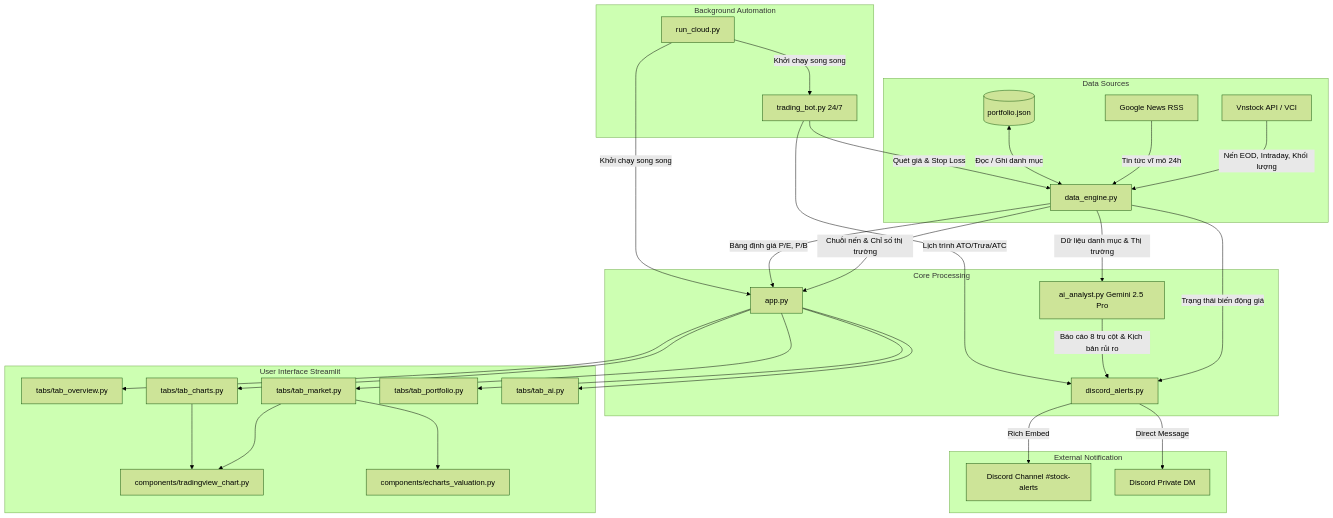
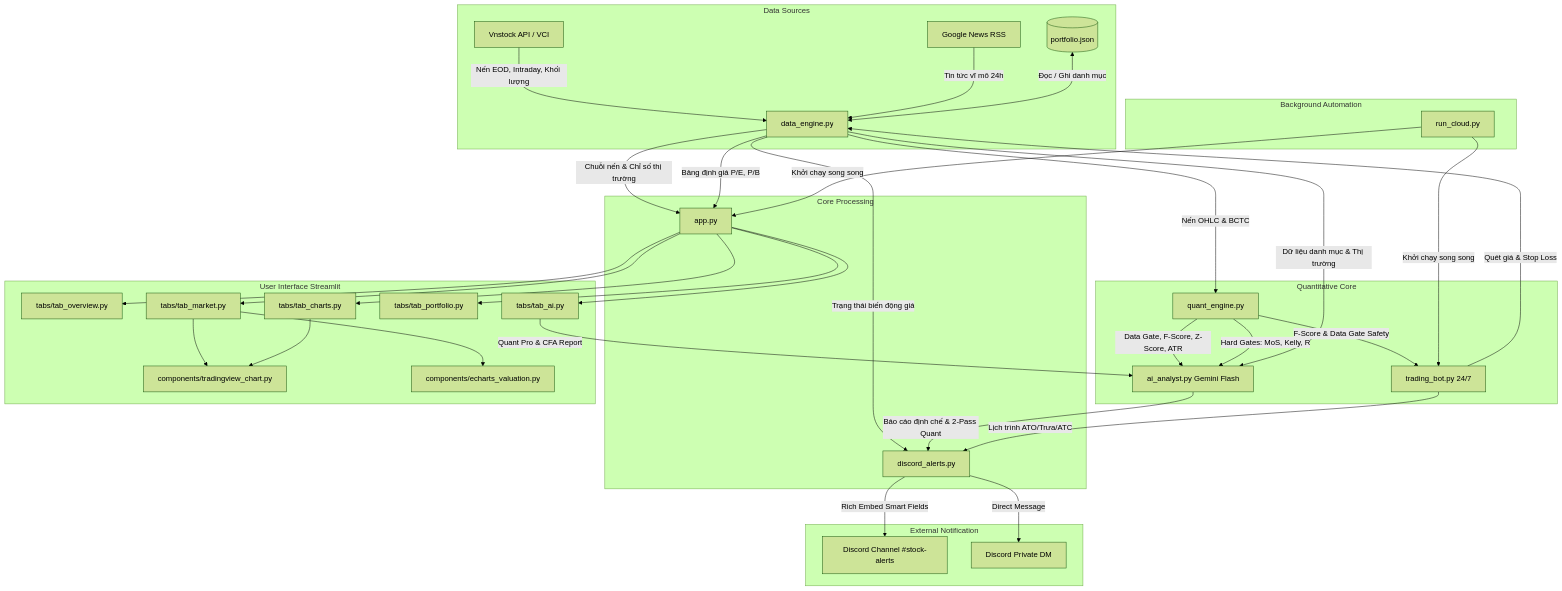
One commit to VinhTung1410/Stock-AI changed the diagram in PROJECT_STRUCTURE.md. Above: the diagram before and after it, drawn with Mermaid (forest theme). The commit also changed other lines of this file and 11 other files, not shown here.

Commit message:
feat: Quantamental 2-Pass CFA engine, F-Score/Z-Score/Kelly hard gates, Zero Chinese policy, and Discord UI enhancements

````diff
--- a/PROJECT_STRUCTURE.md
+++ b/PROJECT_STRUCTURE.md
@@ -99,40 +116,48 @@
 ```mermaid
 flowchart TD
     subgraph Data Sources
         Vnstock[Vnstock API / VCI] -->|Nến EOD, Intraday, Khối lượng| DataEngine[data_engine.py]
         GoogleNews[Google News RSS] -->|Tin tức vĩ mô 24h| DataEngine
         PortfolioJSON[(portfolio.json)] <-->|Đọc / Ghi danh mục| DataEngine
     end
 
+    subgraph Quantitative Core
+        DataEngine -->|Nến OHLC & BCTC| QuantEngine[quant_engine.py]
+        QuantEngine -->|Data Gate, F-Score, Z-Score, ATR| AIAnalyst[ai_analyst.py Gemini Flash]
+        QuantEngine -->|Hard Gates: MoS, Kelly, R| AIAnalyst
+        QuantEngine -->|F-Score & Data Gate Safety| TradingBot[trading_bot.py 24/7]
+    end
+
     subgraph Core Processing
         DataEngine -->|Chuỗi nến & Chỉ số thị trường| AppCore[app.py]
         DataEngine -->|Bảng định giá P/E, P/B| AppCore
-        DataEngine -->|Dữ liệu danh mục & Thị trường| AIAnalyst[ai_analyst.py Gemini 2.5 Pro]
+        DataEngine -->|Dữ liệu danh mục & Thị trường| AIAnalyst
         DataEngine -->|Trạng thái biến động giá| DiscordAlerts[discord_alerts.py]
-        AIAnalyst -->|Báo cáo 8 trụ cột & Kịch bản rủi ro| DiscordAlerts
+        AIAnalyst -->|Báo cáo định chế & 2-Pass Quant| DiscordAlerts
     end
 
     subgraph User Interface Streamlit
         AppCore --> Tab1[tabs/tab_overview.py]
         AppCore --> Tab2[tabs/tab_market.py]
         AppCore --> Tab3[tabs/tab_charts.py]
         AppCore --> Tab4[tabs/tab_portfolio.py]
         AppCore --> Tab5[tabs/tab_ai.py]
         
         Tab2 --> CompTV[components/tradingview_chart.py]
         Tab2 --> CompECharts[components/echarts_valuation.py]
         Tab3 --> CompTV
+        Tab5 -->|Quant Pro & CFA Report| AIAnalyst
     end
 
     subgraph Background Automation
-        TradingBot[trading_bot.py 24/7] -->|Quét giá & Stop Loss| DataEngine
+        TradingBot -->|Quét giá & Stop Loss| DataEngine
         TradingBot -->|Lịch trình ATO/Trưa/ATC| DiscordAlerts
         RunCloud[run_cloud.py] -->|Khởi chạy song song| TradingBot
         RunCloud -->|Khởi chạy song song| AppCore
     end
 
     subgraph External Notification
-        DiscordAlerts -->|Rich Embed| DiscordChannel[Discord Channel #stock-alerts]
+        DiscordAlerts -->|Rich Embed Smart Fields| DiscordChannel[Discord Channel #stock-alerts]
         DiscordAlerts -->|Direct Message| DiscordDM[Discord Private DM]
     end
 ```
````
